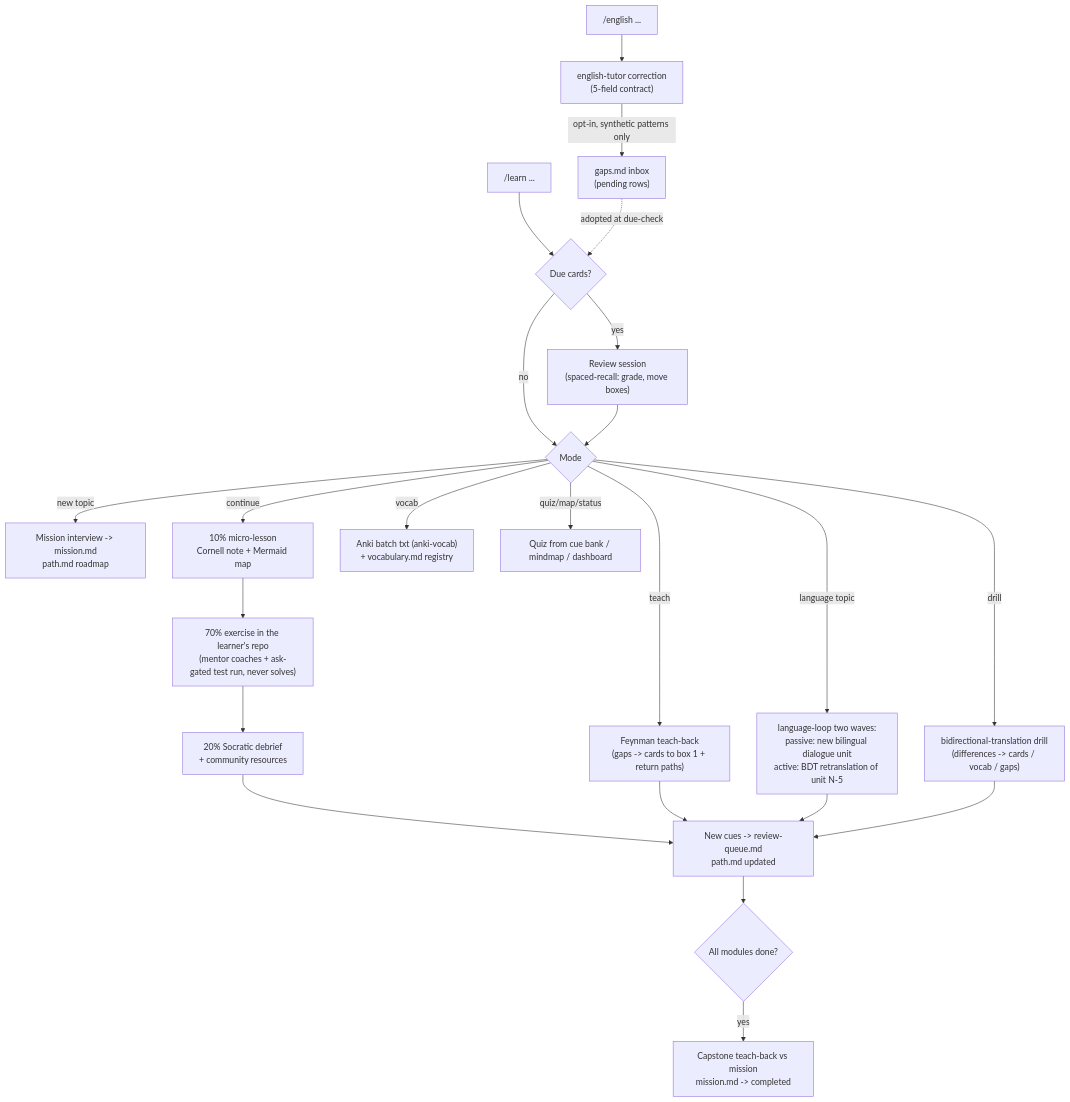
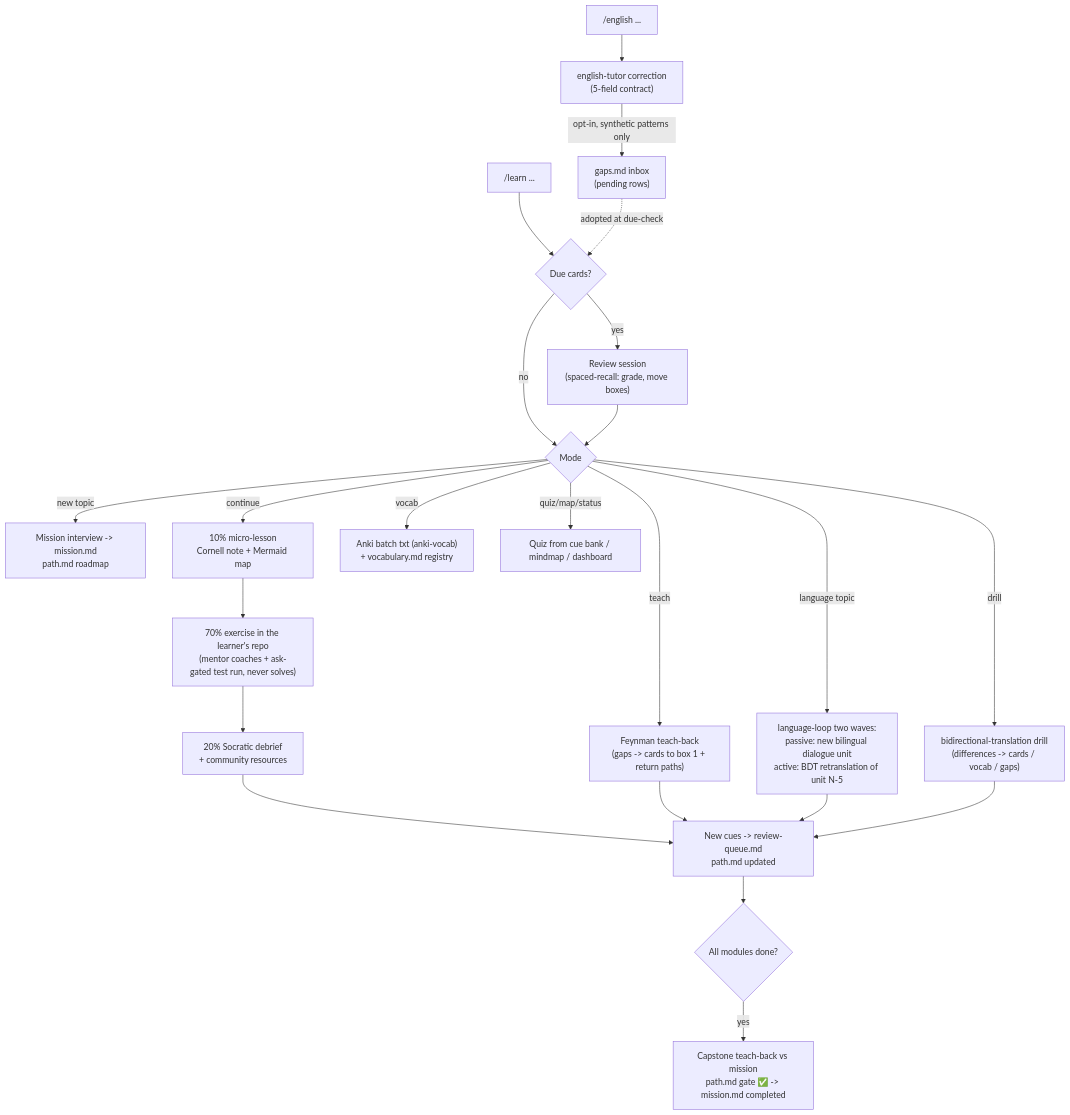
The diagram in domains/learning/README.md (andresnator/agents-orchestrator), drawn with Mermaid before and after one commit. The commit also changed other lines of this file and 15 other files, not shown here.

````diff
--- a/domains/learning/README.md
+++ b/domains/learning/README.md
@@ -28,25 +29,25 @@
 ```mermaid
 graph TD
     L["/learn ..."] --> D{Due cards?}
     D -- yes --> R["Review session<br/>(spaced-recall: grade, move boxes)"]
     D -- no --> M{Mode}
     R --> M
     M -- new topic --> MI["Mission interview -> mission.md<br/>path.md roadmap"]
     M -- continue --> TEN["10% micro-lesson<br/>Cornell note + Mermaid map"]
     TEN --> SEV["70% exercise in the learner's repo<br/>(mentor coaches + ask-gated test run, never solves)"]
     SEV --> TWE["20% Socratic debrief<br/>+ community resources"]
     TWE --> Q["New cues -> review-queue.md<br/>path.md updated"]
     Q --> DONE{All modules done?}
-    DONE -- yes --> CAP["Capstone teach-back vs mission<br/>mission.md -> completed"]
+    DONE -- yes --> CAP["Capstone teach-back vs mission<br/>path.md gate ✅ -> mission.md completed"]
     M -- teach --> F["Feynman teach-back<br/>(gaps -> cards to box 1 + return paths)"]
     F --> Q
     M -- vocab --> V["Anki batch txt (anki-vocab)<br/>+ vocabulary.md registry"]
     M -- quiz/map/status --> A["Quiz from cue bank / mindmap / dashboard"]
     M -- language topic --> LW["language-loop two waves:<br/>passive: new bilingual dialogue unit<br/>active: BDT retranslation of unit N-5"]
     M -- drill --> BDT["bidirectional-translation drill<br/>(differences -> cards / vocab / gaps)"]
     LW --> Q
     BDT --> Q
     E["/english ..."] --> ET["english-tutor correction<br/>(5-field contract)"]
     ET -- opt-in, synthetic patterns only --> GI["gaps.md inbox<br/>(pending rows)"]
     GI -. adopted at due-check .-> D
 ```
````
